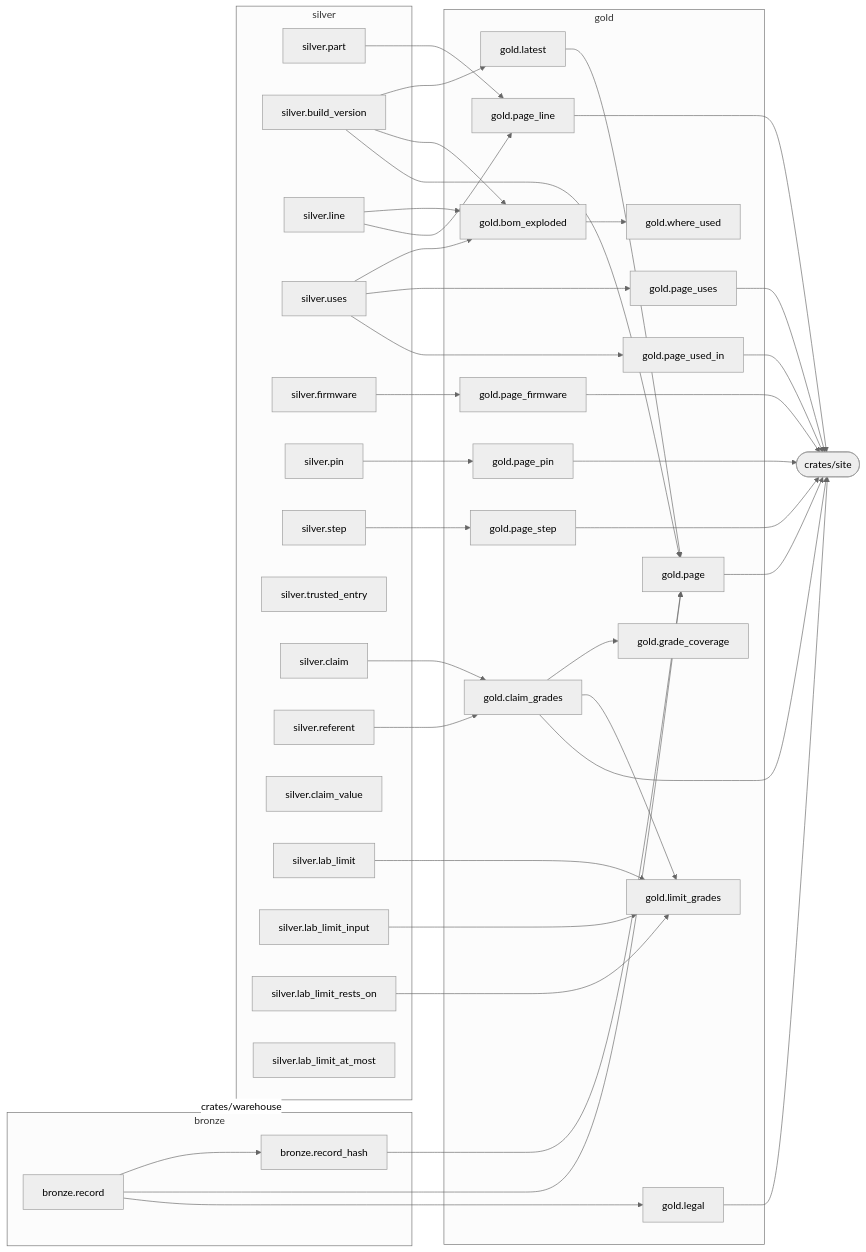
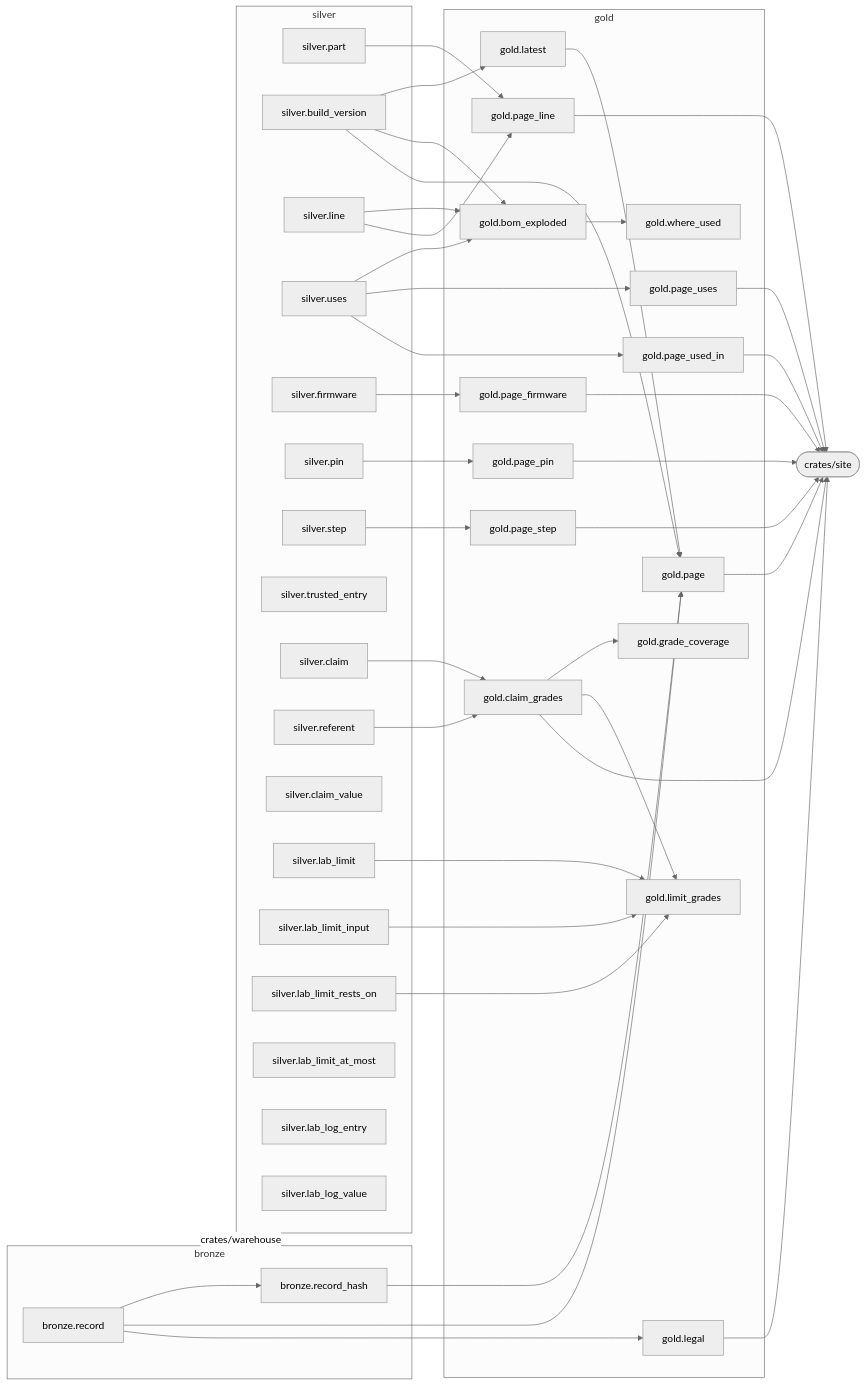
The diagram in docs/data-catalogue.md (via-balaena/tentzhen), drawn with Mermaid (neutral theme) before and after one commit. The commit also changed other lines of this file and 17 other files, not shown here.

First line of the commit message:
Lab log: every hardware action, one JSON line chained by sha256 (step 5a) (#26)

````diff
--- a/docs/data-catalogue.md
+++ b/docs/data-catalogue.md
@@ -13,76 +13,78 @@
 ```mermaid
 flowchart LR
   subgraph bronze
     bronze_record["bronze.record"]
     bronze_record_hash["bronze.record_hash"]
   end
   subgraph silver
     silver_part["silver.part"]
     silver_build_version["silver.build_version"]
     silver_line["silver.line"]
     silver_uses["silver.uses"]
     silver_firmware["silver.firmware"]
     silver_pin["silver.pin"]
     silver_step["silver.step"]
     silver_trusted_entry["silver.trusted_entry"]
     silver_claim["silver.claim"]
     silver_referent["silver.referent"]
     silver_claim_value["silver.claim_value"]
     silver_lab_limit["silver.lab_limit"]
     silver_lab_limit_input["silver.lab_limit_input"]
     silver_lab_limit_rests_on["silver.lab_limit_rests_on"]
     silver_lab_limit_at_most["silver.lab_limit_at_most"]
+    silver_lab_log_entry["silver.lab_log_entry"]
+    silver_lab_log_value["silver.lab_log_value"]
   end
   subgraph gold
     gold_latest["gold.latest"]
     gold_claim_grades["gold.claim_grades"]
     gold_grade_coverage["gold.grade_coverage"]
     gold_bom_exploded["gold.bom_exploded"]
     gold_where_used["gold.where_used"]
     gold_limit_grades["gold.limit_grades"]
     gold_page["gold.page"]
     gold_page_line["gold.page_line"]
     gold_page_uses["gold.page_uses"]
     gold_page_used_in["gold.page_used_in"]
     gold_page_firmware["gold.page_firmware"]
     gold_page_pin["gold.page_pin"]
     gold_page_step["gold.page_step"]
     gold_legal["gold.legal"]
   end
   bronze -. crates/warehouse .-> silver
   bronze_record --> bronze_record_hash
   silver_build_version --> gold_latest
   silver_claim --> gold_claim_grades
   silver_referent --> gold_claim_grades
   gold_claim_grades --> gold_grade_coverage
   silver_build_version --> gold_bom_exploded
   silver_line --> gold_bom_exploded
   silver_uses --> gold_bom_exploded
   gold_bom_exploded --> gold_where_used
   gold_claim_grades --> gold_limit_grades
   silver_lab_limit --> gold_limit_grades
   silver_lab_limit_input --> gold_limit_grades
   silver_lab_limit_rests_on --> gold_limit_grades
   bronze_record --> gold_page
   bronze_record_hash --> gold_page
   gold_latest --> gold_page
   silver_build_version --> gold_page
   silver_line --> gold_page_line
   silver_part --> gold_page_line
   silver_uses --> gold_page_uses
   silver_uses --> gold_page_used_in
   silver_firmware --> gold_page_firmware
   silver_pin --> gold_page_pin
   silver_step --> gold_page_step
   bronze_record --> gold_legal
   crates_site(["crates/site"])
   gold_claim_grades --> crates_site
   gold_page --> crates_site
   gold_page_line --> crates_site
   gold_page_uses --> crates_site
   gold_page_used_in --> crates_site
   gold_page_firmware --> crates_site
   gold_page_pin --> crates_site
   gold_page_step --> crates_site
   gold_legal --> crates_site
 ```
````
